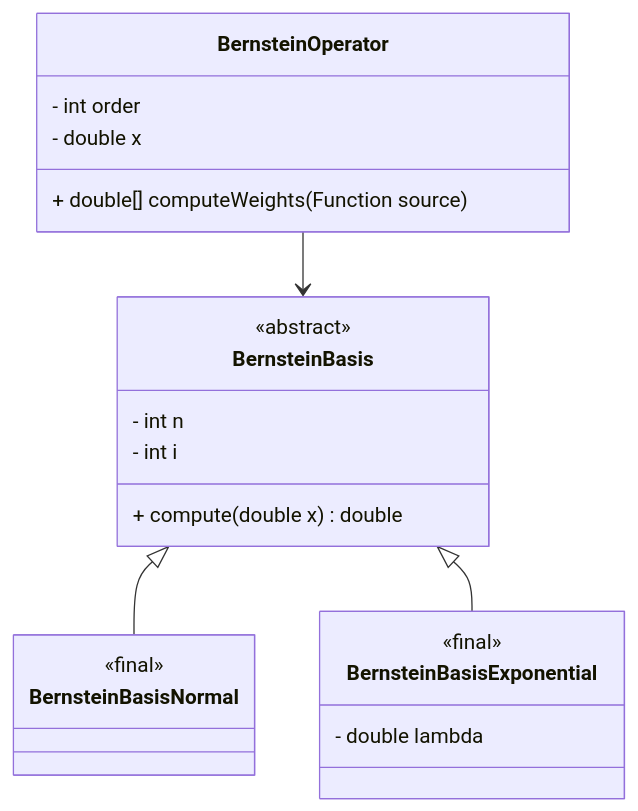
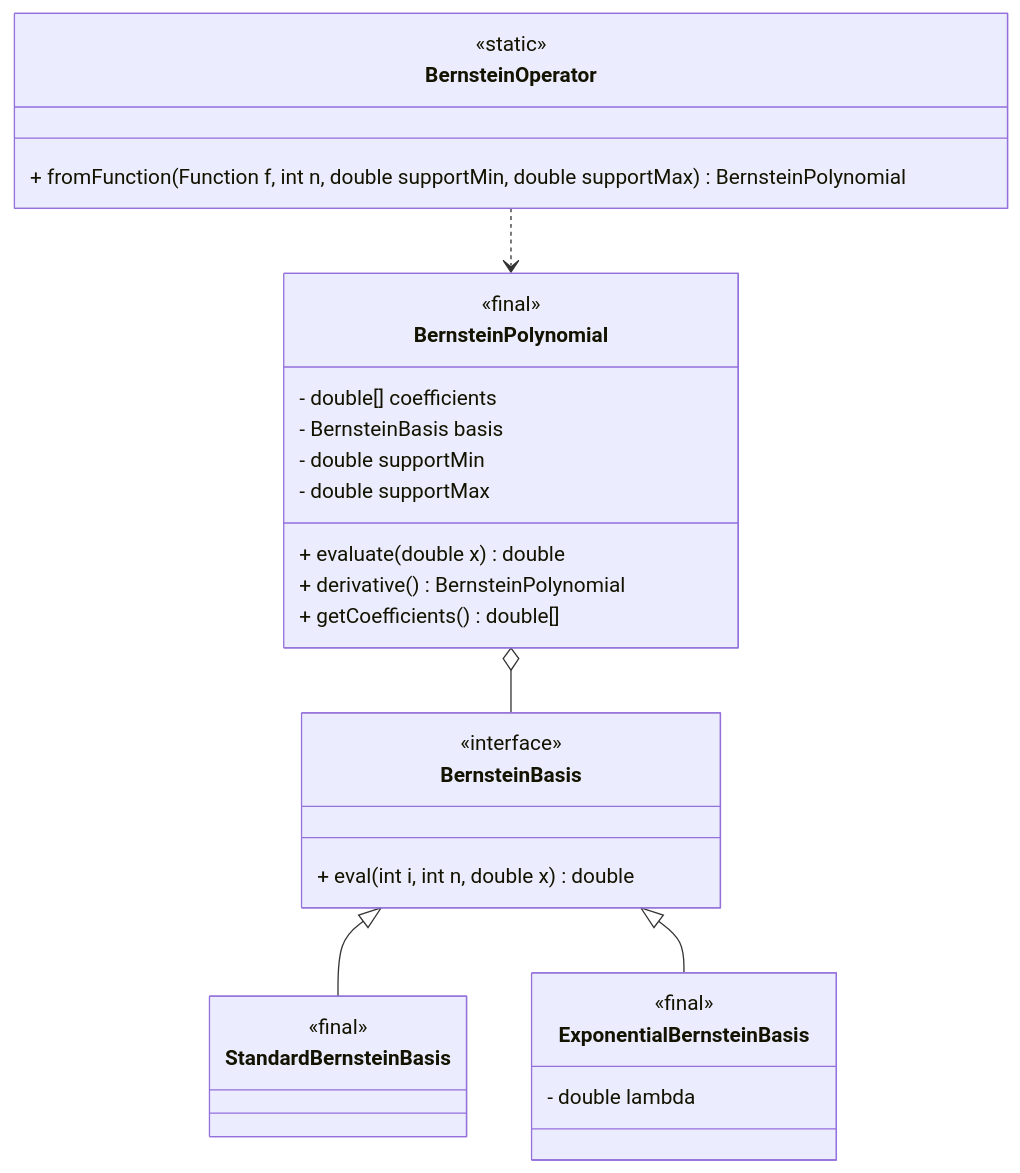
One commit to edoardosarri24/probabilistic-soft-real-time-analysis changed the diagram in report/images/2-bernstein/class_diagram.mmd. Above: the diagram before and after it, drawn with Mermaid. The commit also changed 10 other files, not shown here.

Commit message:
bernstein domain model

```diff
--- a/report/images/2-bernstein/class_diagram.mmd
+++ b/report/images/2-bernstein/class_diagram.mmd
@@ -1,27 +1,39 @@
+
 classDiagram
 
     class BernsteinOperator {
-        - int order
-        - double x
-        + double[] computeWeights(Function source)
+        <<static>>
+        + fromFunction(Function f, int n, double supportMin, double supportMax) BernsteinPolynomial
+    }
+
+    %% Domain classes
+    class BernsteinPolynomial {
+        <<final>>
+        - double[] coefficients
+        - BernsteinBasis basis
+        - double supportMin
+        - double supportMax
+        + evaluate(double x) double
+        + derivative() BernsteinPolynomial
+        + getCoefficients() double[]
     }
 
     class BernsteinBasis {
-        <<abstract>>
-        - int n
-        - int i
-        + compute(double x) double
+        <<interface>>
+        + eval(int i, int n, double x) double
     }
 
-    class BernsteinBasisNormal {
+    class StandardBernsteinBasis {
         <<final>>
     }
 
-    class BernsteinBasisExponential {
+    class ExponentialBernsteinBasis {
+        <<final>>
         - double lambda
-        <<final>>
     }
 
-    BernsteinOperator --> BernsteinBasis
-    BernsteinBasis <|-- BernsteinBasisNormal
-    BernsteinBasis <|-- BernsteinBasisExponential
+    %% Relations
+    BernsteinPolynomial o-- BernsteinBasis
+    BernsteinBasis <|-- StandardBernsteinBasis
+    BernsteinBasis <|-- ExponentialBernsteinBasis
+    BernsteinOperator ..> BernsteinPolynomial
```
